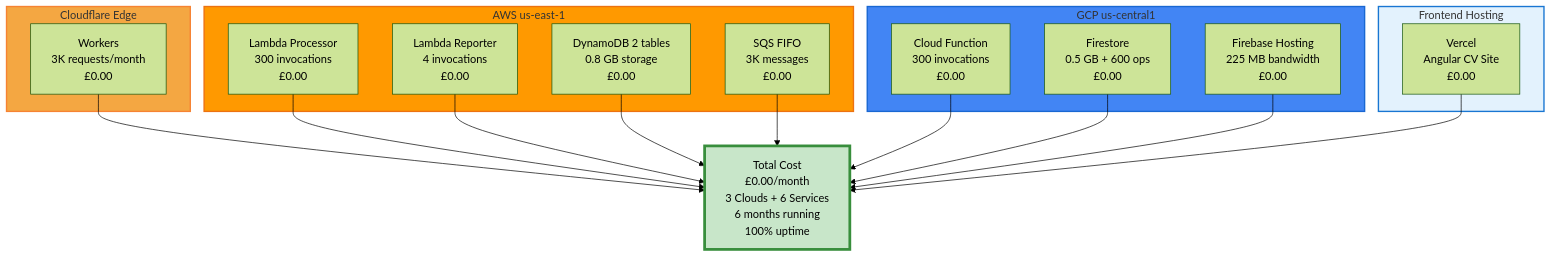
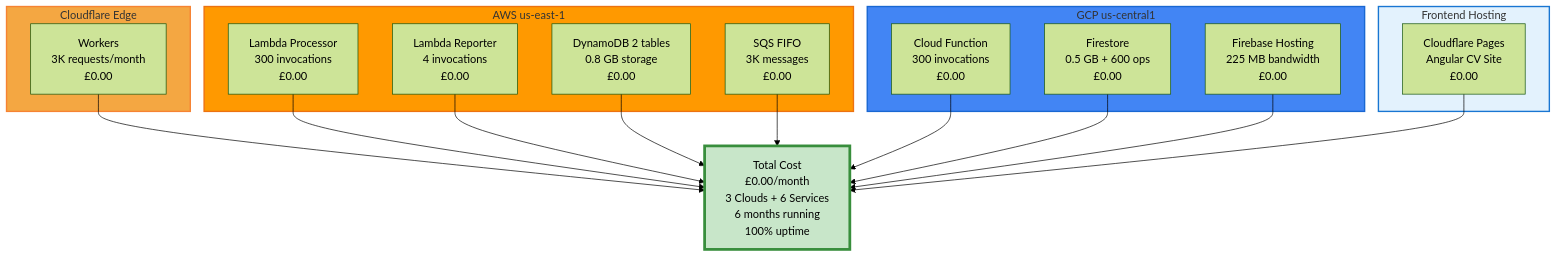
Before and after one commit to josejalvarezm/cv-ai-agent: the sixth of 7 diagrams in gcp-blog/08-cost-optimization.md, drawn with Mermaid (forest theme). The commit also changed other lines of this file and 6 other files, not shown here.

Commit message:
docs: update blog posts for consistency with Cloudflare Pages and clarify latency claims

````diff
--- a/gcp-blog/08-cost-optimization.md
+++ b/gcp-blog/08-cost-optimization.md
@@ -1197,41 +1197,41 @@
 ```mermaid
 graph TB
     subgraph Cloudflare["Cloudflare Edge"]
         CF1["Workers<br/>3K requests/month<br/>£0.00"]
     end
     
     subgraph AWS["AWS us-east-1"]
         AWS1["Lambda Processor<br/>300 invocations<br/>£0.00"]
         AWS2["Lambda Reporter<br/>4 invocations<br/>£0.00"]
         AWS3["DynamoDB 2 tables<br/>0.8 GB storage<br/>£0.00"]
         AWS4["SQS FIFO<br/>3K messages<br/>£0.00"]
     end
     
     subgraph GCP["GCP us-central1"]
         GCP1["Cloud Function<br/>300 invocations<br/>£0.00"]
         GCP2["Firestore<br/>0.5 GB + 600 ops<br/>£0.00"]
         GCP3["Firebase Hosting<br/>225 MB bandwidth<br/>£0.00"]
     end
     
     subgraph Frontend["Frontend Hosting"]
-        V1["Vercel<br/>Angular CV Site<br/>£0.00"]
+        V1["Cloudflare Pages<br/>Angular CV Site<br/>£0.00"]
     end
     
     TOTAL["Total Cost<br/>£0.00/month<br/>3 Clouds + 6 Services<br/>6 months running<br/>100% uptime"]
     
     CF1 --> TOTAL
     AWS1 --> TOTAL
     AWS2 --> TOTAL
     AWS3 --> TOTAL
     AWS4 --> TOTAL
     GCP1 --> TOTAL
     GCP2 --> TOTAL
     GCP3 --> TOTAL
     V1 --> TOTAL
     
     style Cloudflare fill:#f4a742,stroke:#f68333,stroke-width:2px
     style AWS fill:#ff9900,stroke:#ec7211,stroke-width:2px
     style GCP fill:#4285f4,stroke:#1967d2,stroke-width:2px
     style Frontend fill:#e3f2fd,stroke:#1976d2,stroke-width:2px
     style TOTAL fill:#c8e6c9,stroke:#388e3c,stroke-width:4px
 ```
````
